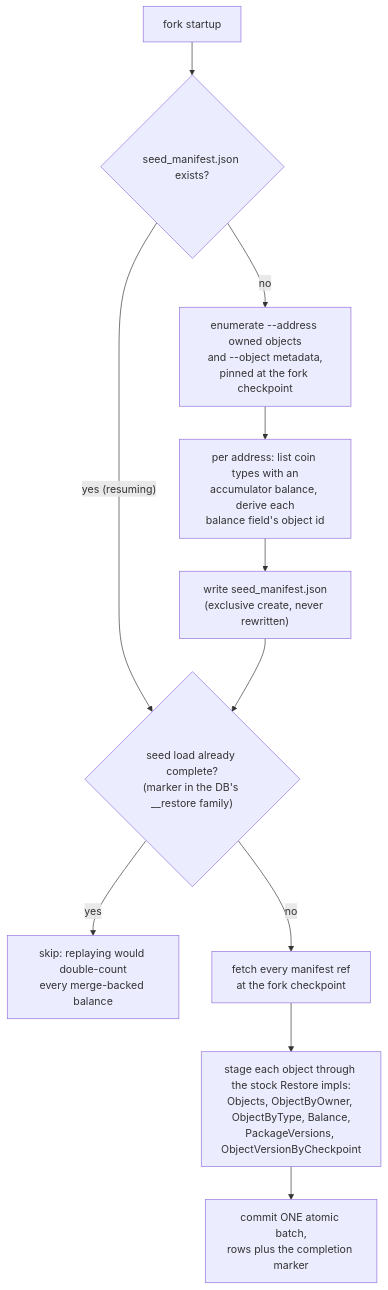
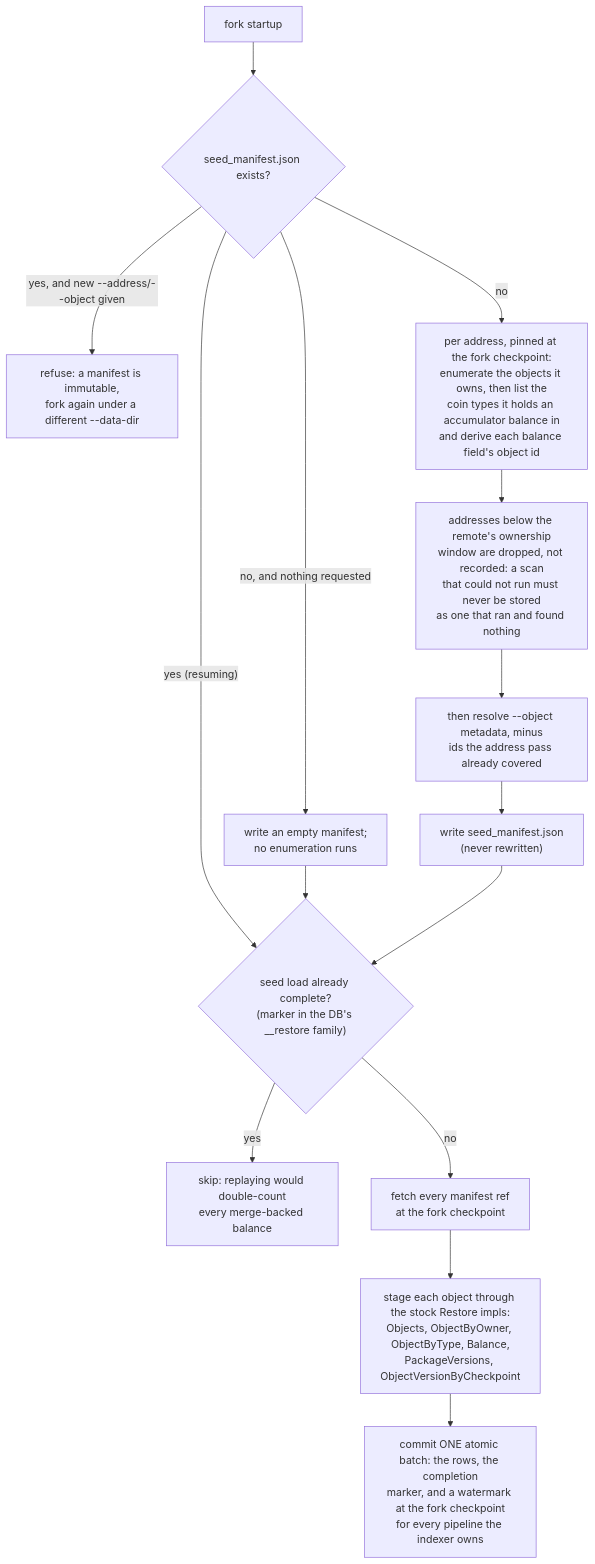
One commit to MystenLabs/sui changed the second of 7 diagrams in crates/sui-fork/design/workflow.md. Above: the diagram before and after it, drawn with Mermaid. The commit also changed other lines of this file and 1 other file, not shown here.

````diff
--- a/crates/sui-fork/design/workflow.md
+++ b/crates/sui-fork/design/workflow.md
@@ -59,13 +73,17 @@
 ```mermaid
 flowchart TD
     start[fork startup] --> exists{"seed_manifest.json exists?"}
+    exists -->|"yes, and new --address/--object given"| reject["refuse: a manifest is immutable,<br/>fork again under a different --data-dir"]
     exists -->|"yes (resuming)"| loaded
-    exists -->|no| enum["enumerate --address owned objects<br/>and --object metadata,<br/>pinned at the fork checkpoint"]
-    enum --> bal["per address: list coin types with an<br/>accumulator balance, derive each<br/>balance field's object id"]
-    bal --> manifest["write seed_manifest.json<br/>(exclusive create, never rewritten)"]
+    exists -->|"no, and nothing requested"| blank["write an empty manifest;<br/>no enumeration runs"]
+    blank --> loaded
+    exists -->|no| enum["per address, pinned at the fork checkpoint:<br/>enumerate the objects it owns, then list the<br/>coin types it holds an accumulator balance in<br/>and derive each balance field's object id"]
+    enum --> window["addresses below the remote's ownership<br/>window are dropped, not recorded: a scan<br/>that could not run must never be stored<br/>as one that ran and found nothing"]
+    window --> objs["then resolve --object metadata, minus<br/>ids the address pass already covered"]
+    objs --> manifest["write seed_manifest.json<br/>(never rewritten)"]
     manifest --> loaded{"seed load already complete?<br/>(marker in the DB's __restore family)"}
     loaded -->|yes| skip["skip: replaying would double-count<br/>every merge-backed balance"]
     loaded -->|no| hydrate["fetch every manifest ref<br/>at the fork checkpoint"]
     hydrate --> restore["stage each object through the stock Restore impls:<br/>Objects, ObjectByOwner, ObjectByType, Balance,<br/>PackageVersions, ObjectVersionByCheckpoint"]
-    restore --> commit["commit ONE atomic batch,<br/>rows plus the completion marker"]
+    restore --> commit["commit ONE atomic batch: the rows, the completion<br/>marker, and a watermark at the fork checkpoint<br/>for every pipeline the indexer owns"]
 ```
````
